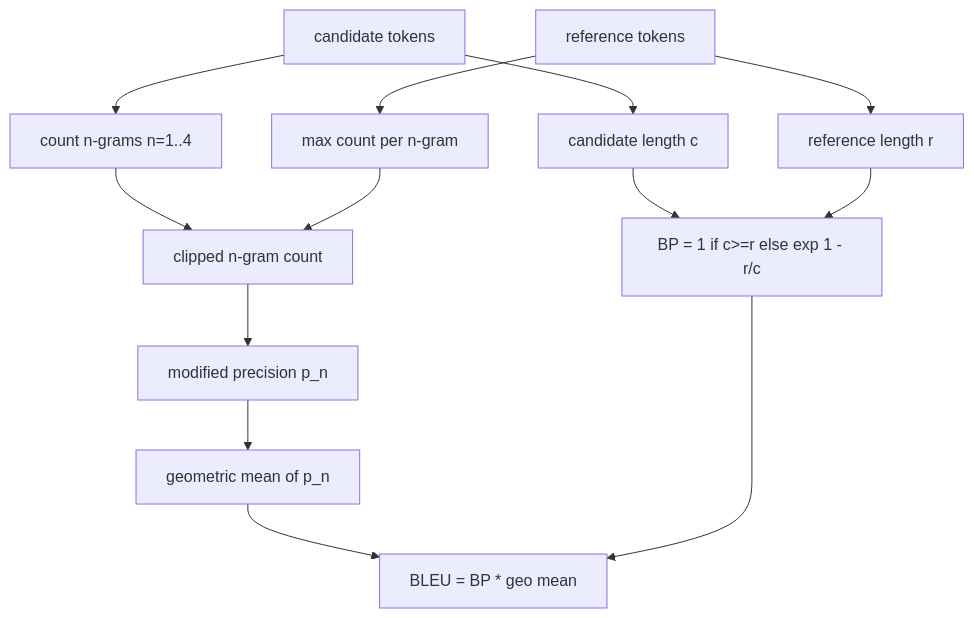
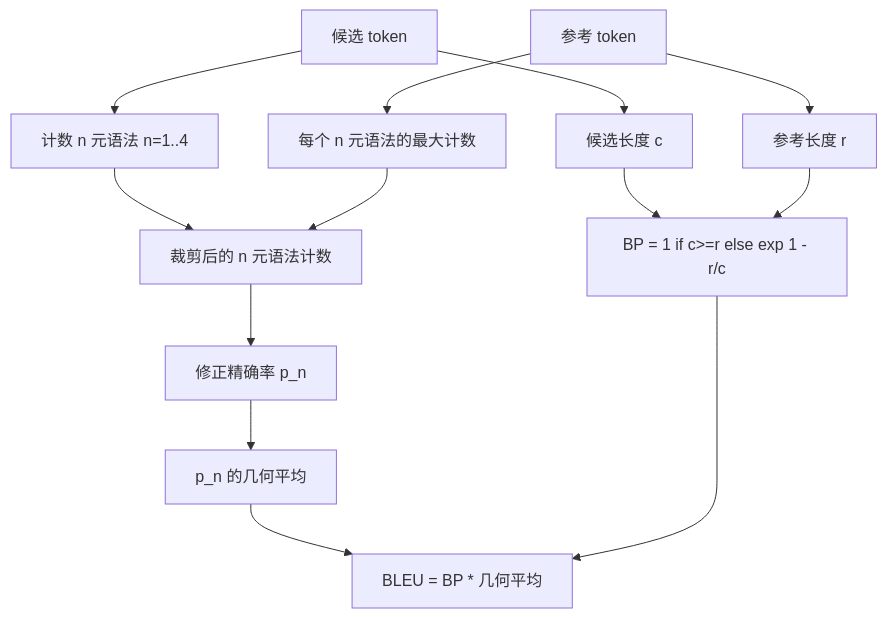
One commit to guangningsun/ailearning changed the second of 2 diagrams in lessons/19-capstone-projects/71-classical-metrics/docs/zh.md. Above: the diagram before and after it, drawn with Mermaid. The commit also changed other lines of this file and 85 other files, not shown here.

````diff
--- a/lessons/19-capstone-projects/71-classical-metrics/docs/zh.md
+++ b/lessons/19-capstone-projects/71-classical-metrics/docs/zh.md
@@ -69,15 +69,15 @@
 ```mermaid
 flowchart TD
-    A[candidate tokens] --> B[count n-grams n=1..4]
-    R[reference tokens] --> C[max count per n-gram]
-    B --> D[clipped n-gram count]
+    A[候选 token] --> B[计数 n 元语法 n=1..4]
+    R[参考 token] --> C[每个 n 元语法的最大计数]
+    B --> D[裁剪后的 n 元语法计数]
     C --> D
-    D --> E[modified precision p_n]
-    A --> F[candidate length c]
-    R --> G[reference length r]
+    D --> E[修正精确率 p_n]
+    A --> F[候选长度 c]
+    R --> G[参考长度 r]
     F --> BP[BP = 1 if c>=r else exp 1 - r/c]
     G --> BP
-    E --> M[geometric mean of p_n]
-    M --> S[BLEU = BP * geo mean]
+    E --> M[p_n 的几何平均]
+    M --> S[BLEU = BP * 几何平均]
     BP --> S
 ```
````
